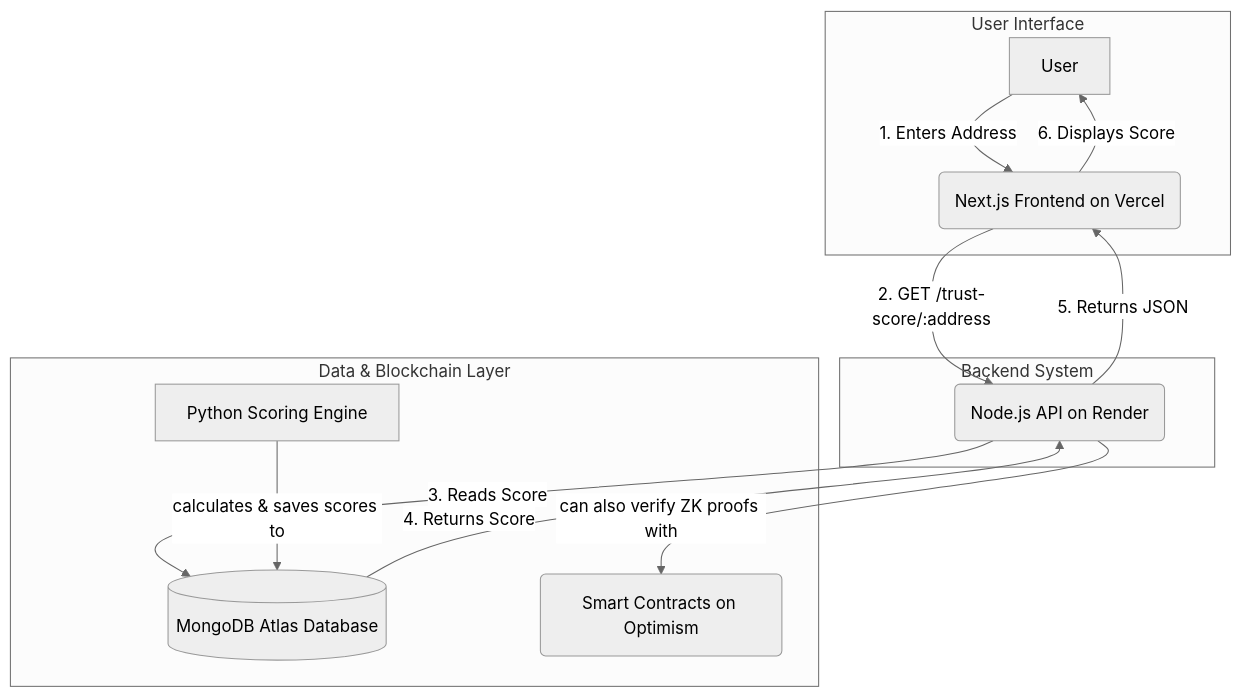
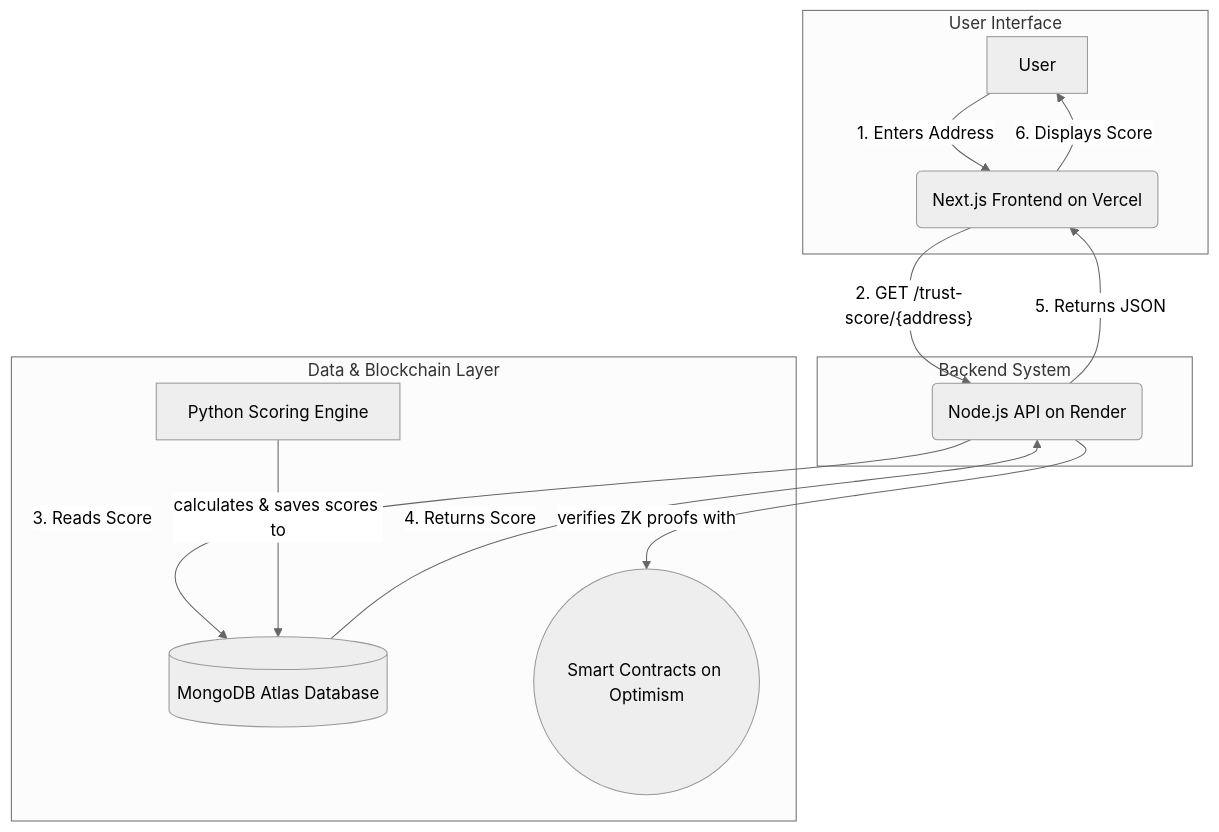
One commit to imilindmishra/TrustNet changed the first of 2 diagrams in README.md. Above: the diagram before and after it, drawn with Mermaid (neutral theme). The commit also changed other lines of this file, not shown here.

````diff
--- a/README.md
+++ b/README.md
@@ -56,25 +56,25 @@
 ```mermaid
 graph TD
     subgraph "User Interface"
-        A[User] -->|1. Enters Address| B(Next.js Frontend on Vercel);
-        B -->|6. Displays Score| A;
+        A["User"] --> |"1. Enters Address"| B("Next.js Frontend on Vercel");
+        B --> |"6. Displays Score"| A;
     end
 
     subgraph "Backend System"
-        C(Node.js API on Render)
+        C("Node.js API on Render")
     end
 
     subgraph "Data & Blockchain Layer"
-        D[(MongoDB Atlas Database)]
-        E[Python Scoring Engine]
-        F(Smart Contracts on Optimism)
+        D[("MongoDB Atlas Database")]
+        E["Python Scoring Engine"]
+        F(("Smart Contracts on Optimism"))
     end
 
-    B -->|2. GET /trust-score/:address| C;
-    C -->|3. Reads Score| D;
-    D -->|4. Returns Score| C;
-    C -->|5. Returns JSON| B;
+    B --> |"2. GET /trust-score/{address}"| C;
+    C --> |"3. Reads Score"| D;
+    D --> |"4. Returns Score"| C;
+    C --> |"5. Returns JSON"| B;
 
-    E -- calculates & saves scores to --> D;
-    C -- can also verify ZK proofs with --> F;
+    E -- "calculates & saves scores to" --> D;
+    C -- "verifies ZK proofs with" --> F;
 ```
````
